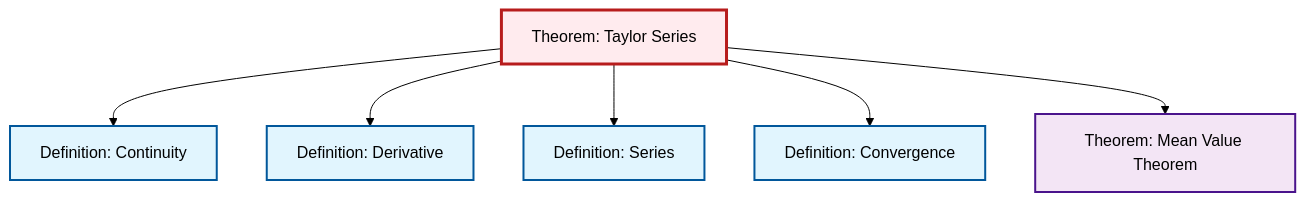
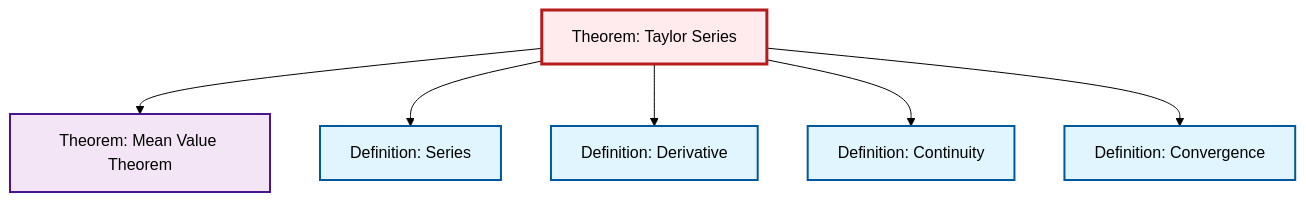
Before and after one commit to RK0429/ModernMath: the diagram in content/ja/analysis/thm-taylor-series.qmd, drawn with Mermaid (forest theme). The commit also changed other lines of this file and 531 other files, not shown here.

````diff
--- a/content/ja/analysis/thm-taylor-series.qmd
+++ b/content/ja/analysis/thm-taylor-series.qmd
@@ -108,26 +108,26 @@
 ```{mermaid}
 %%| fig-cap: "Local dependency graph"
 graph TD
     classDef definition fill:#e1f5fe,stroke:#01579b,stroke-width:2px
     classDef theorem fill:#f3e5f5,stroke:#4a148c,stroke-width:2px
     classDef axiom fill:#fff3e0,stroke:#e65100,stroke-width:2px
     classDef example fill:#e8f5e9,stroke:#1b5e20,stroke-width:2px
     classDef current fill:#ffebee,stroke:#b71c1c,stroke-width:3px
+    def-convergence["Definition: Convergence"]:::definition
+    def-series["Definition: Series"]:::definition
     thm-mean-value["Theorem: Mean Value Theorem"]:::theorem
-    def-series["Definition: Series"]:::definition
-    def-convergence["Definition: Convergence"]:::definition
+    def-derivative["Definition: Derivative"]:::definition
     def-continuity["Definition: Continuity"]:::definition
-    def-derivative["Definition: Derivative"]:::definition
     thm-taylor-series["Theorem: Taylor Series"]:::theorem
+    thm-taylor-series --> thm-mean-value
+    thm-taylor-series --> def-series
+    thm-taylor-series --> def-derivative
     thm-taylor-series --> def-continuity
-    thm-taylor-series --> def-derivative
-    thm-taylor-series --> def-series
     thm-taylor-series --> def-convergence
-    thm-taylor-series --> thm-mean-value
     class thm-taylor-series current
+    click def-convergence "def-convergence.html" "Definition: Convergenceへ"
+    click def-series "def-series.html" "Definition: Seriesへ"
     click thm-mean-value "thm-mean-value.html" "Theorem: Mean Value Theoremへ"
-    click def-series "def-series.html" "Definition: Seriesへ"
-    click def-convergence "def-convergence.html" "Definition: Convergenceへ"
+    click def-derivative "def-derivative.html" "Definition: Derivativeへ"
     click def-continuity "def-continuity.html" "Definition: Continuityへ"
-    click def-derivative "def-derivative.html" "Definition: Derivativeへ"
 ```
````
